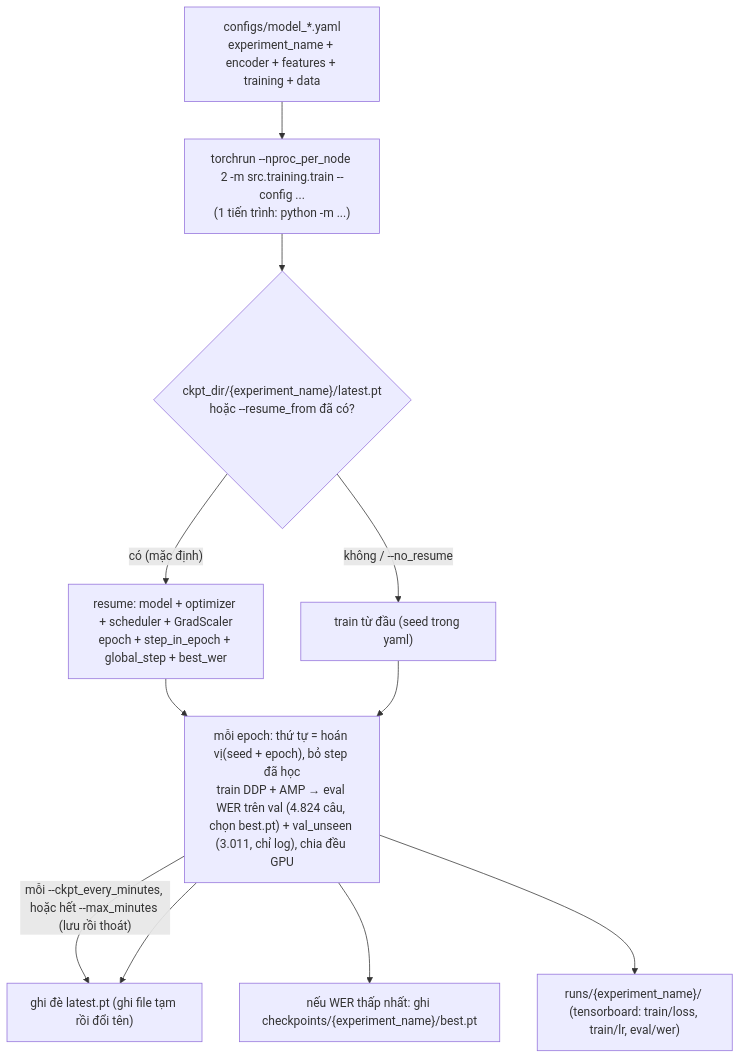
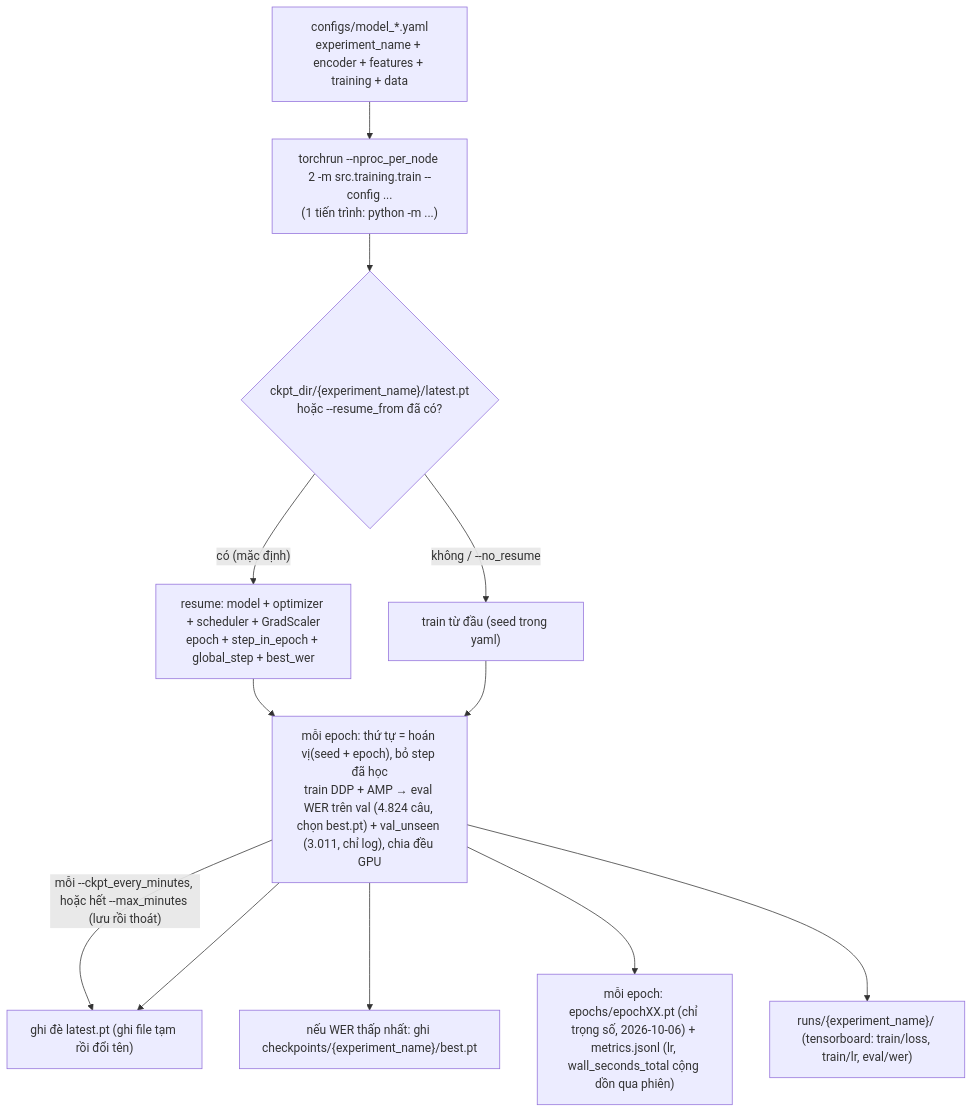
The third of 4 diagrams in ARCHITECTURE.md (VuKhah/specialized-thesis), drawn with Mermaid before and after one commit. The commit also changed 7 other files, not shown here.

````diff
--- a/ARCHITECTURE.md
+++ b/ARCHITECTURE.md
@@ -131,13 +131,14 @@
 ```mermaid
 flowchart TD
     Y["configs/model_*.yaml<br/>experiment_name + encoder + features + training + data"] --> T["torchrun --nproc_per_node 2 -m src.training.train --config ...<br/>(1 tiến trình: python -m ...)"]
     T --> R{"ckpt_dir/{experiment_name}/latest.pt<br/>hoặc --resume_from đã có?"}
     R -->|"có (mặc định)"| RES["resume: model + optimizer + scheduler + GradScaler<br/>epoch + step_in_epoch + global_step + best_wer"]
     R -->|"không / --no_resume"| NEW["train từ đầu (seed trong yaml)"]
     RES --> LOOP
     NEW --> LOOP["mỗi epoch: thứ tự = hoán vị(seed + epoch), bỏ step đã học<br/>train DDP + AMP → eval WER trên val (4.824 câu, chọn best.pt) + val_unseen (3.011, chỉ log), chia đều GPU"]
     LOOP -->|"mỗi --ckpt_every_minutes, hoặc hết --max_minutes (lưu rồi thoát)"| LATEST
     LOOP --> LATEST["ghi đè latest.pt (ghi file tạm rồi đổi tên)"]
     LOOP --> BEST["nếu WER thấp nhất: ghi checkpoints/{experiment_name}/best.pt"]
+    LOOP --> EPW["mỗi epoch: epochs/epochXX.pt (chỉ trọng số, 2026-10-06) + metrics.jsonl (lr, wall_seconds_total cộng dồn qua phiên)"]
     LOOP --> TB["runs/{experiment_name}/ (tensorboard: train/loss, train/lr, eval/wer)"]
 ```
````
